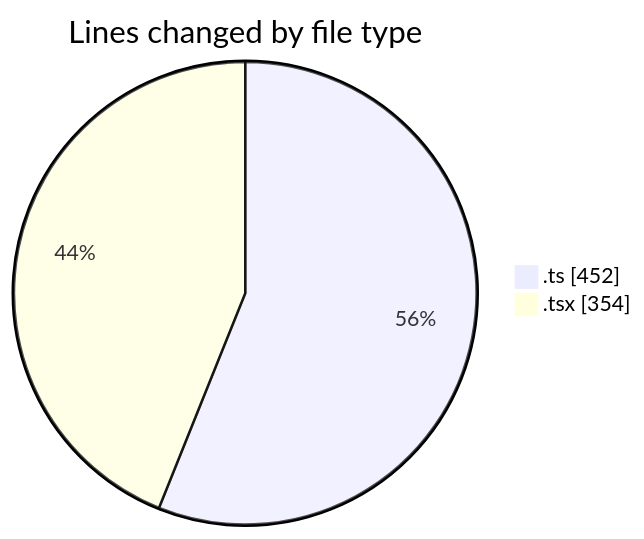
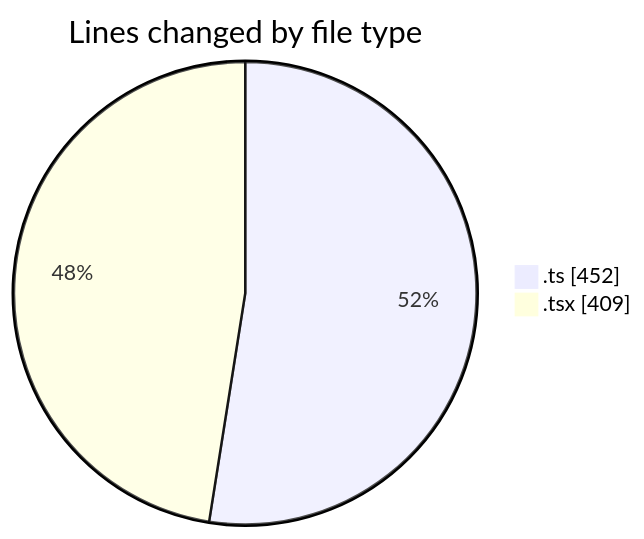
Before and after one commit to julien-gomy/code-tracking: the first of 2 diagrams in 2025-11-03/eventscop-frontend-guide__workspace_/README.md, drawn with Mermaid. The commit also changed other lines of this file and 1 other file, not shown here.

````diff
--- a/2025-11-03/eventscop-frontend-guide__workspace_/README.md
+++ b/2025-11-03/eventscop-frontend-guide__workspace_/README.md
@@ -22,6 +22,6 @@
 ```mermaid
 pie showData
 title Lines changed by file type
 ".ts" : 452
-".tsx" : 354
+".tsx" : 409
 ```
````
